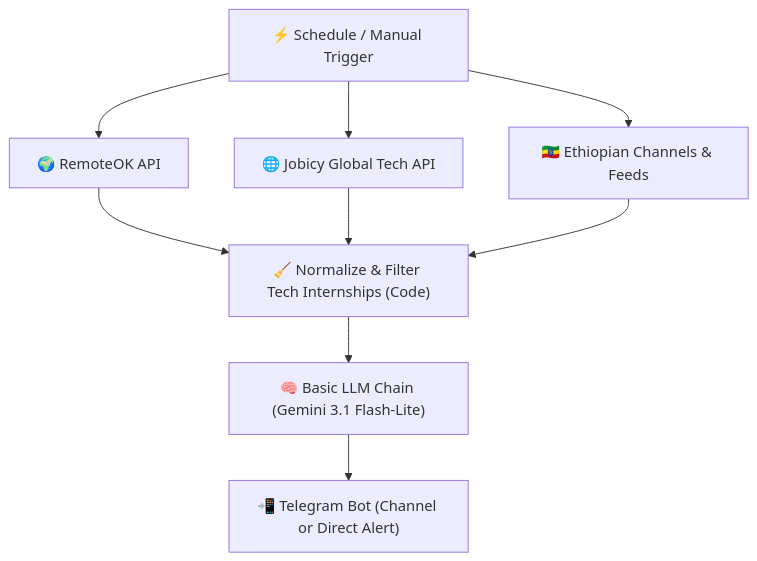
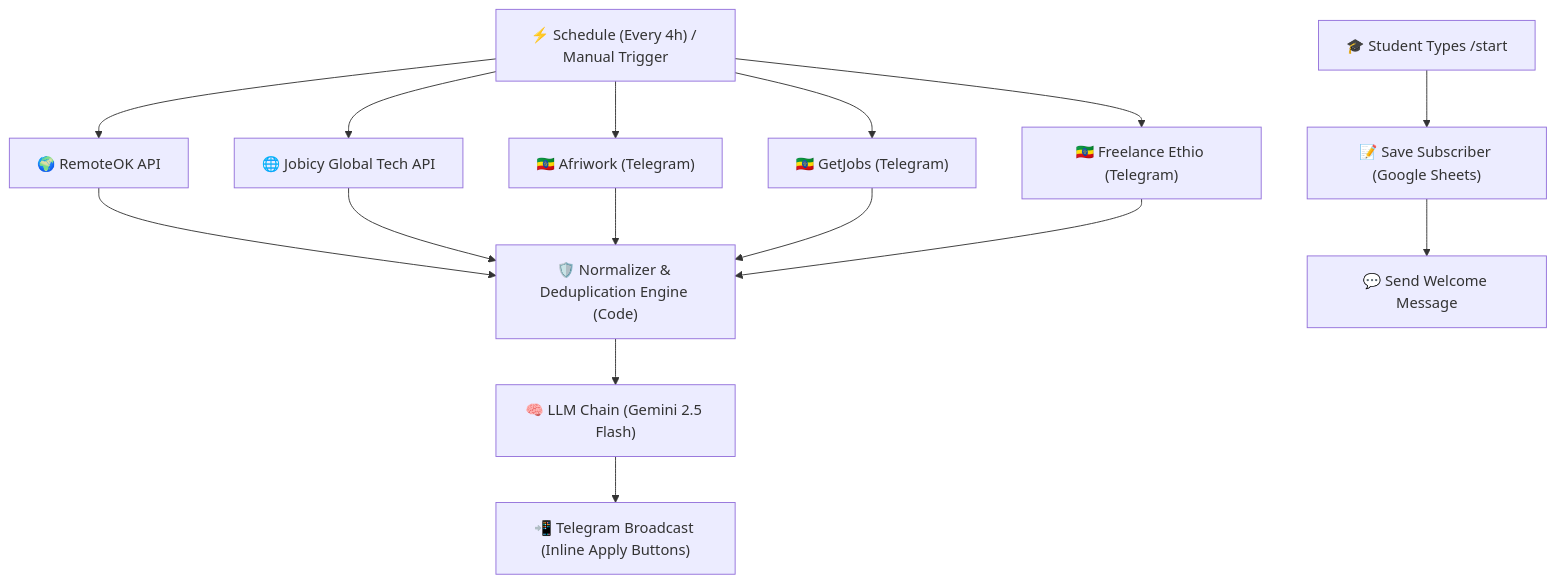
One commit to yared2124/InternOrbit changed the diagram in README.md. Above: the diagram before and after it, drawn with Mermaid. The commit also changed other lines of this file, not shown here.

Commit message:
docs: Update README with deduplication engine, fault tolerance, and interactive Telegram UI

````diff
--- a/README.md
+++ b/README.md
@@ -25,13 +36,20 @@
 ```mermaid
 graph TD
-    Trigger["⚡ Schedule / Manual Trigger"] --> S1["🌍 RemoteOK API"]
+    Trigger["⚡ Schedule (Every 4h) / Manual Trigger"] --> S1["🌍 RemoteOK API"]
     Trigger --> S2["🌐 Jobicy Global Tech API"]
-    Trigger --> S3["🇪🇹 Ethiopian Channels & Feeds"]
+    Trigger --> S3["🇪🇹 Afriwork (Telegram)"]
+    Trigger --> S4["🇪🇹 GetJobs (Telegram)"]
+    Trigger --> S5["🇪🇹 Freelance Ethio (Telegram)"]
     
-    S1 --> Normalizer["🧹 Normalize & Filter Tech Internships (Code)"]
-    S2 --> Normalizer
-    S3 --> Normalizer
+    S1 --> Dedupe["🛡️ Normalizer & Deduplication Engine (Code)"]
+    S2 --> Dedupe
+    S3 --> Dedupe
+    S4 --> Dedupe
+    S5 --> Dedupe
     
-    Normalizer --> LLM["🧠 Basic LLM Chain (Gemini 3.1 Flash-Lite)"]
-    LLM --> Telegram["📲 Telegram Bot (Channel or Direct Alert)"]
+    Dedupe --> LLM["🧠 LLM Chain (Gemini 2.5 Flash)"]
+    LLM --> Telegram["📲 Telegram Broadcast (Inline Apply Buttons)"]
+    
+    Student["🎓 Student Types /start"] --> SaveSheet["📝 Save Subscriber (Google Sheets)"]
+    SaveSheet --> Welcome["💬 Send Welcome Message"]
 ```
````
